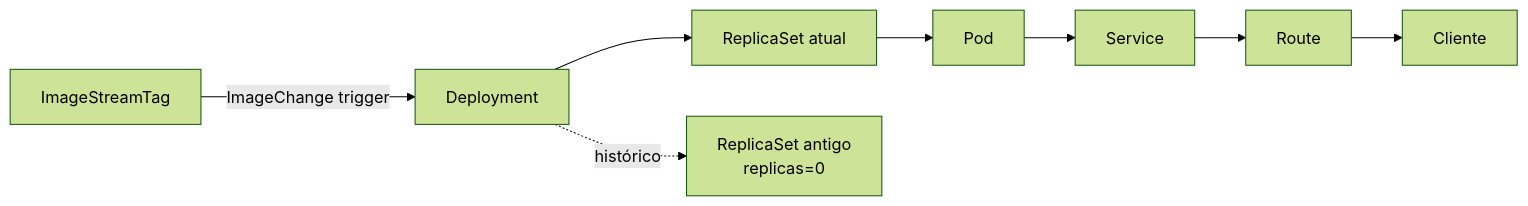
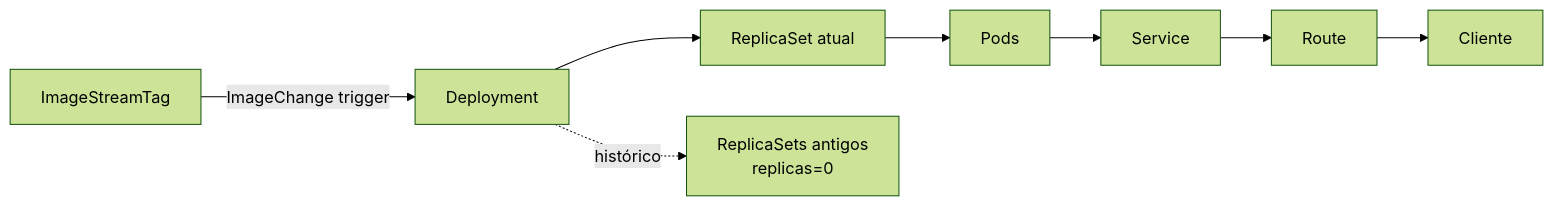
The fourth of 9 diagrams in mindmap/README.md (fmonticelli/ex288-labs), drawn with Mermaid (forest theme) before and after one commit. The commit also changed other lines of this file and 1 other file, not shown here.

````diff
--- a/mindmap/README.md
+++ b/mindmap/README.md
@@ -332,10 +170,10 @@
 ```mermaid
 flowchart LR
     IST[ImageStreamTag] -->|ImageChange trigger| DEP[Deployment]
-    DEP --> RS1[ReplicaSet atual]
-    DEP -. histórico .-> RS0[ReplicaSet antigo<br/>replicas=0]
-    RS1 --> POD[Pod]
+    DEP --> RS[ReplicaSet atual]
+    DEP -. histórico .-> OLD[ReplicaSets antigos<br/>replicas=0]
+    RS --> POD[Pods]
     POD --> SVC[Service]
     SVC --> ROUTE[Route]
     ROUTE --> CLIENT[Cliente]
 ```
````
